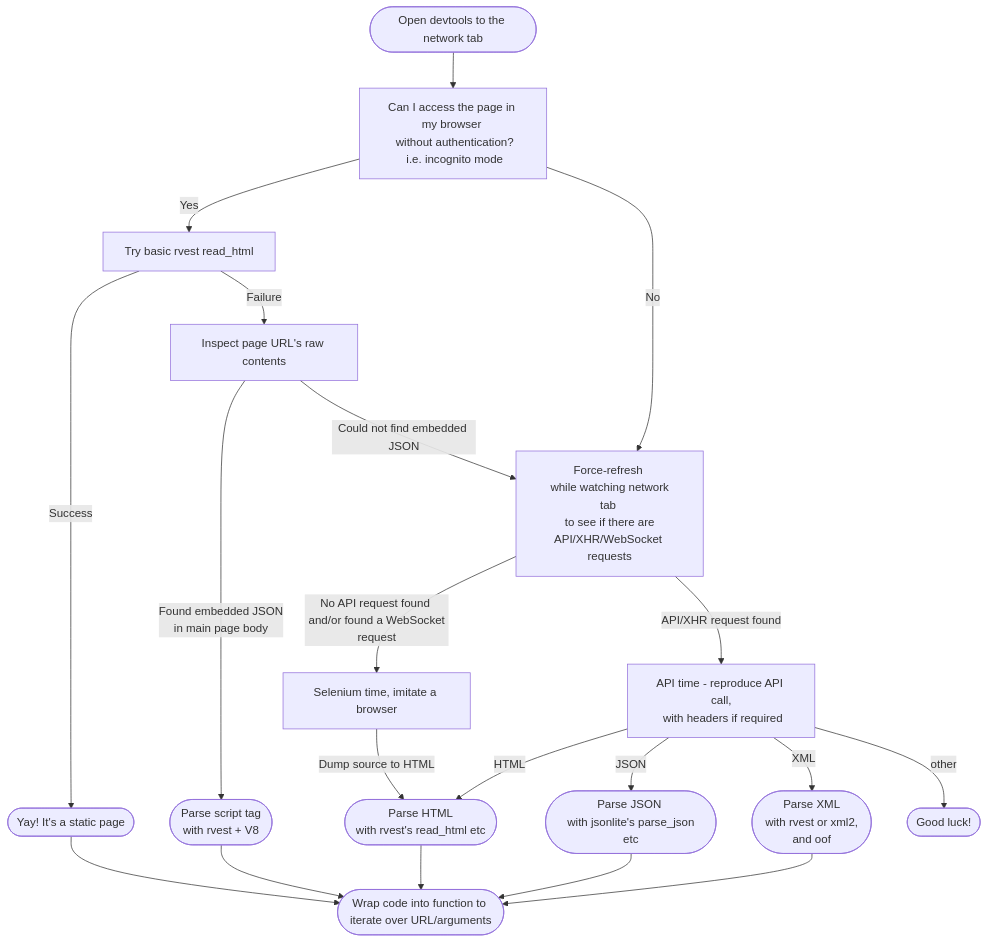
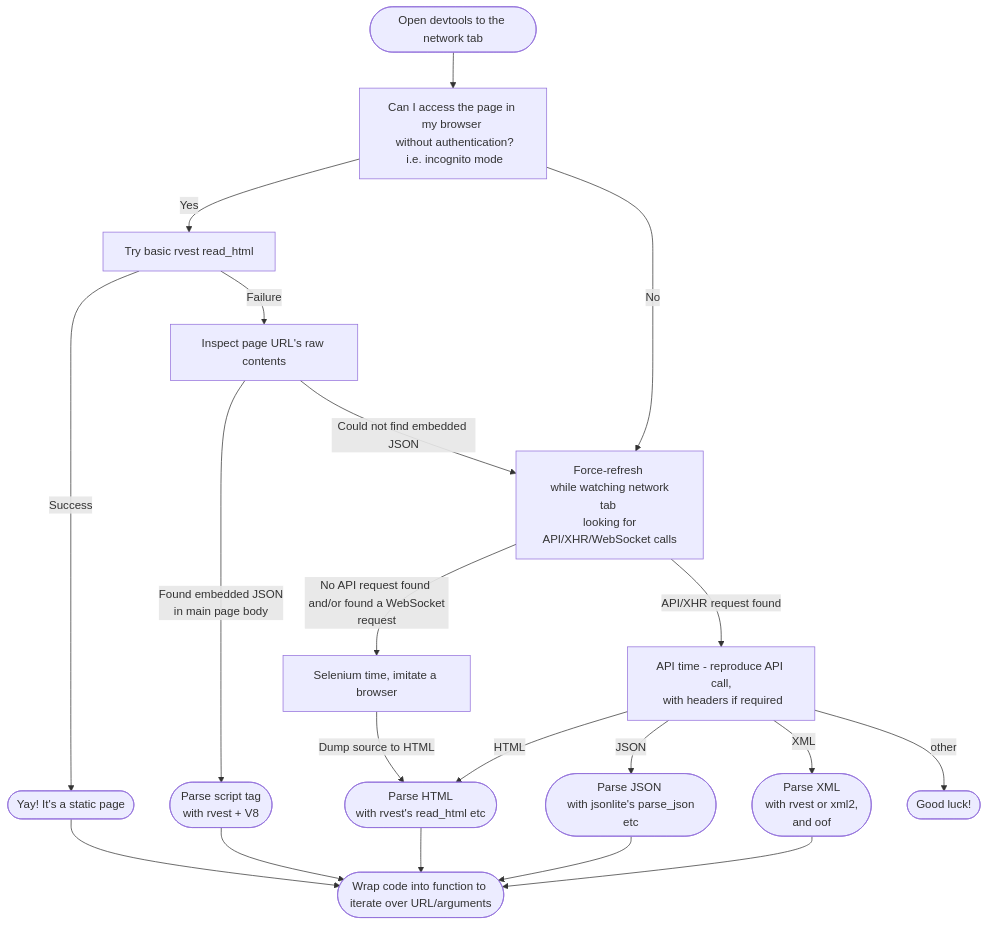
Before and after one commit to tanho63/tantorials: the diagram in 20210719-scraping/scraping.md, drawn with Mermaid. The commit also changed other lines of this file, not shown here.

````diff
--- a/20210719-scraping/scraping.md
+++ b/20210719-scraping/scraping.md
@@ -5,42 +5,42 @@
 ```mermaid
 flowchart TD
 
 1([Open devtools to the network tab])
 
 1-->A
 
 A[Can I access the page in my browser \n without authentication?\n i.e. incognito mode]
 
 A-->|Yes| B[Try basic rvest read_html]
 
 B-->|Success| C([Yay! It's a static page])
 
 B-->|Failure| D[Inspect page URL's raw contents]
 
 D-->|Found embedded JSON \nin main page body| E([Parse script tag \n with rvest + V8])
 
-D-->|Could not find embedded JSON| F[Force-refresh \n while watching network tab \n to see if there are API/XHR/WebSocket requests]
+D-->|Could not find embedded JSON| F[Force-refresh \n while watching network tab \n looking for API/XHR/WebSocket calls]
 
 F-->|API/XHR request found| G[API time - reproduce API call,\n with headers if required]
 
 F-->|No API request found \n and/or found a WebSocket request| H[Selenium time, imitate a browser]
 
 H-->|Dump source to HTML| K
 
 G-->|HTML| K([Parse HTML \n with rvest's read_html etc])
 
 G-->|JSON| J([Parse JSON \n with jsonlite's parse_json etc])
 
 G-->|XML| L([Parse XML \n with rvest or xml2,\n and oof])
 
 A-->|No| F
 
 N([Wrap code into function to iterate over URL/arguments])
 
 C --> N
 E --> N
 K--> N
 J --> N
 L --> N
 G-->|other| M([Good luck!])
 ```
````
